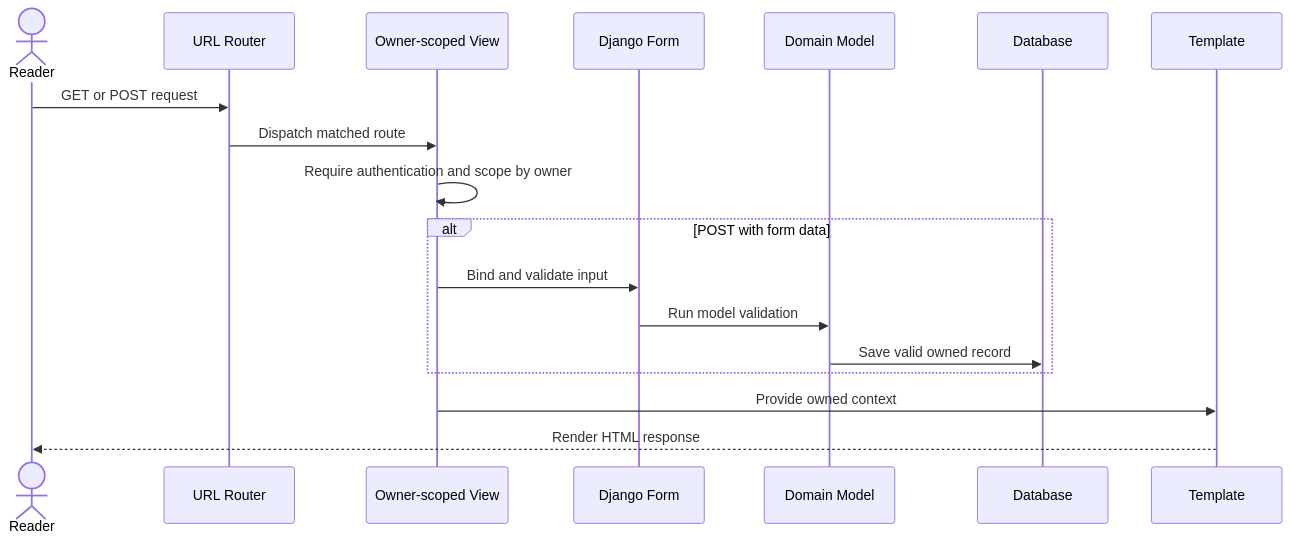
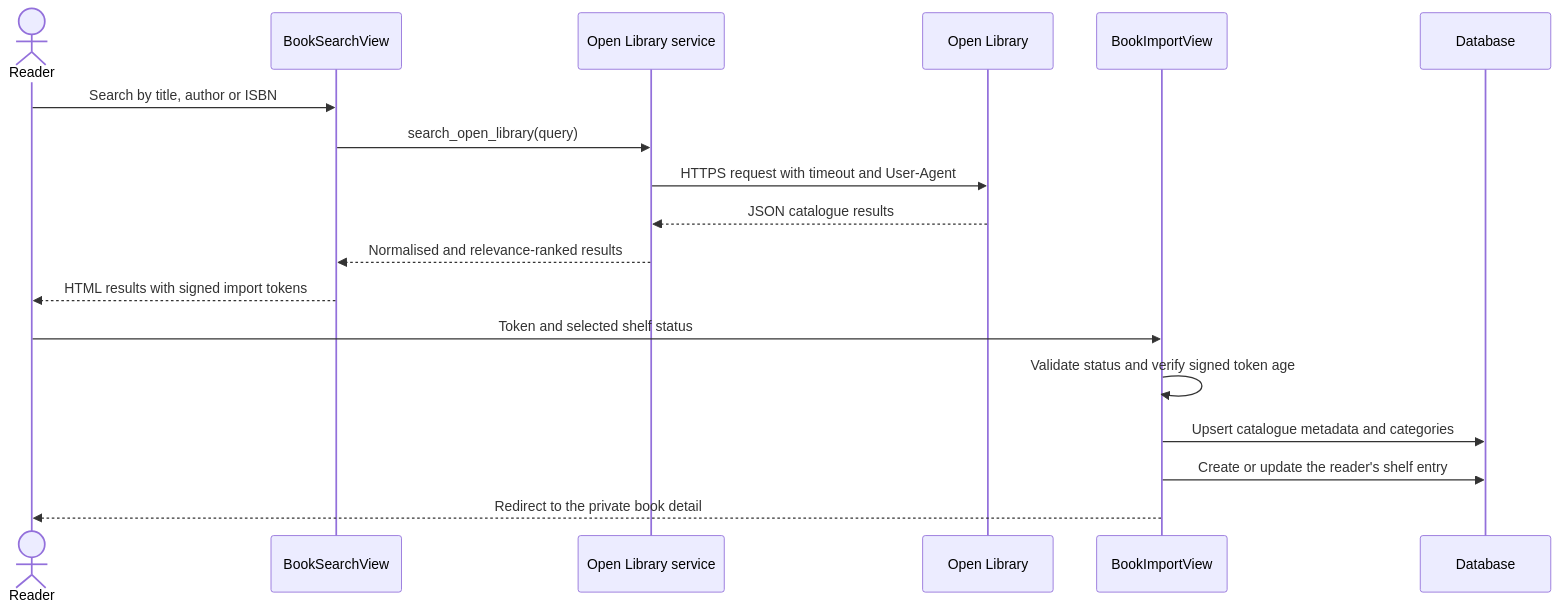
One commit to unvde/CP3407-Assessment changed the third of 5 diagrams in docs/design/architecture.md. Above: the diagram before and after it, drawn with Mermaid. The commit also changed other lines of this file and 7 other files, not shown here.

First line of the commit message:
Align current design evidence, import validation and visual system

````diff
--- a/docs/design/architecture.md
+++ b/docs/design/architecture.md
@@ -75,21 +89,21 @@
 ```mermaid
 sequenceDiagram
     actor Reader
-    participant URL as URL Router
-    participant View as Owner-scoped View
-    participant Form as Django Form
-    participant Model as Domain Model
+    participant Search as BookSearchView
+    participant Service as Open Library service
+    participant OL as Open Library
+    participant Import as BookImportView
     participant DB as Database
-    participant Template as Template
 
-    Reader->>URL: GET or POST request
-    URL->>View: Dispatch matched route
-    View->>View: Require authentication and scope by owner
-    alt POST with form data
-        View->>Form: Bind and validate input
-        Form->>Model: Run model validation
-        Model->>DB: Save valid owned record
-    end
-    View->>Template: Provide owned context
-    Template-->>Reader: Render HTML response
+    Reader->>Search: Search by title, author or ISBN
+    Search->>Service: search_open_library(query)
+    Service->>OL: HTTPS request with timeout and User-Agent
+    OL-->>Service: JSON catalogue results
+    Service-->>Search: Normalised and relevance-ranked results
+    Search-->>Reader: HTML results with signed import tokens
+    Reader->>Import: Token and selected shelf status
+    Import->>Import: Validate status and verify signed token age
+    Import->>DB: Upsert catalogue metadata and categories
+    Import->>DB: Create or update the reader's shelf entry
+    Import-->>Reader: Redirect to the private book detail
 ```
````
